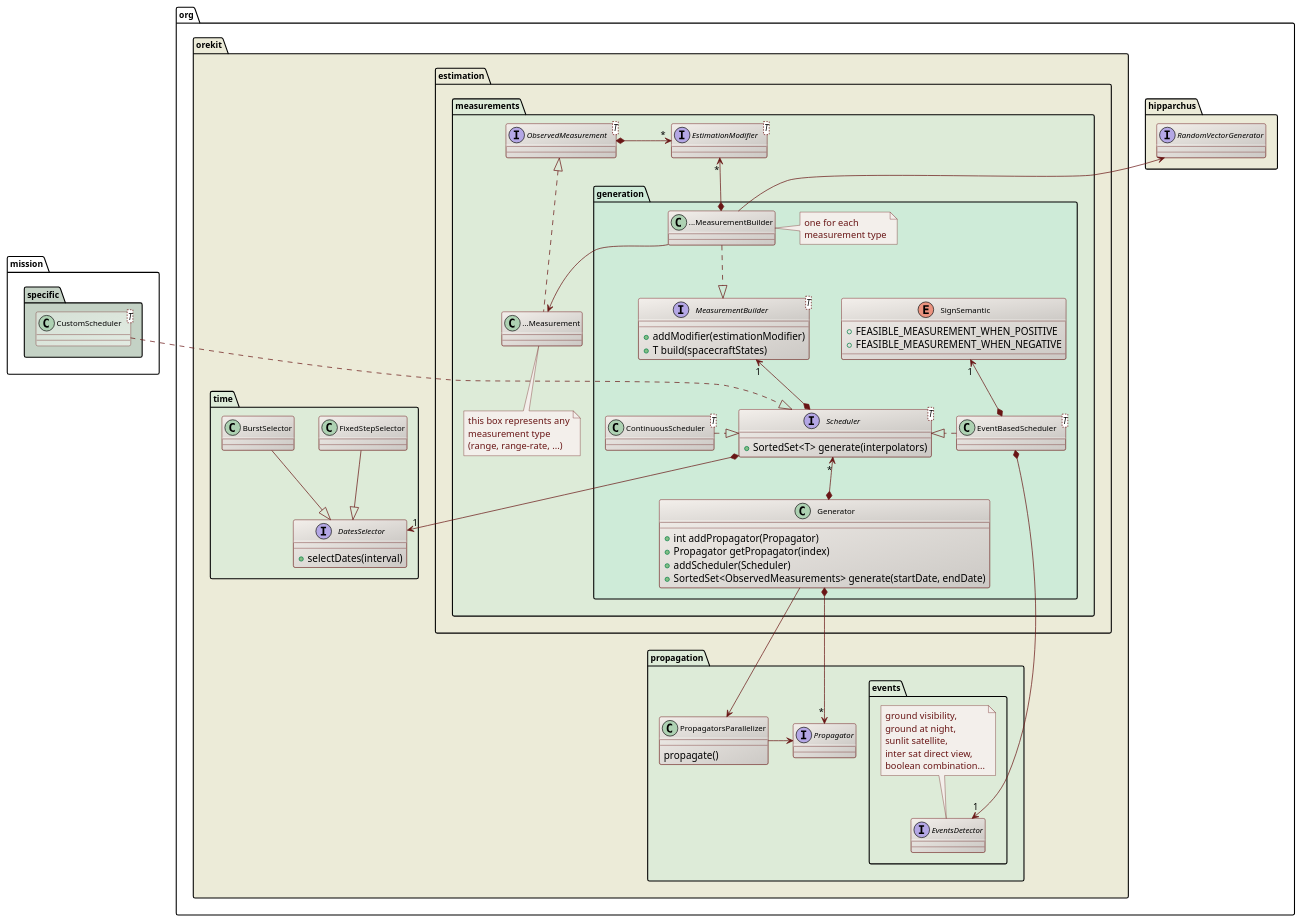
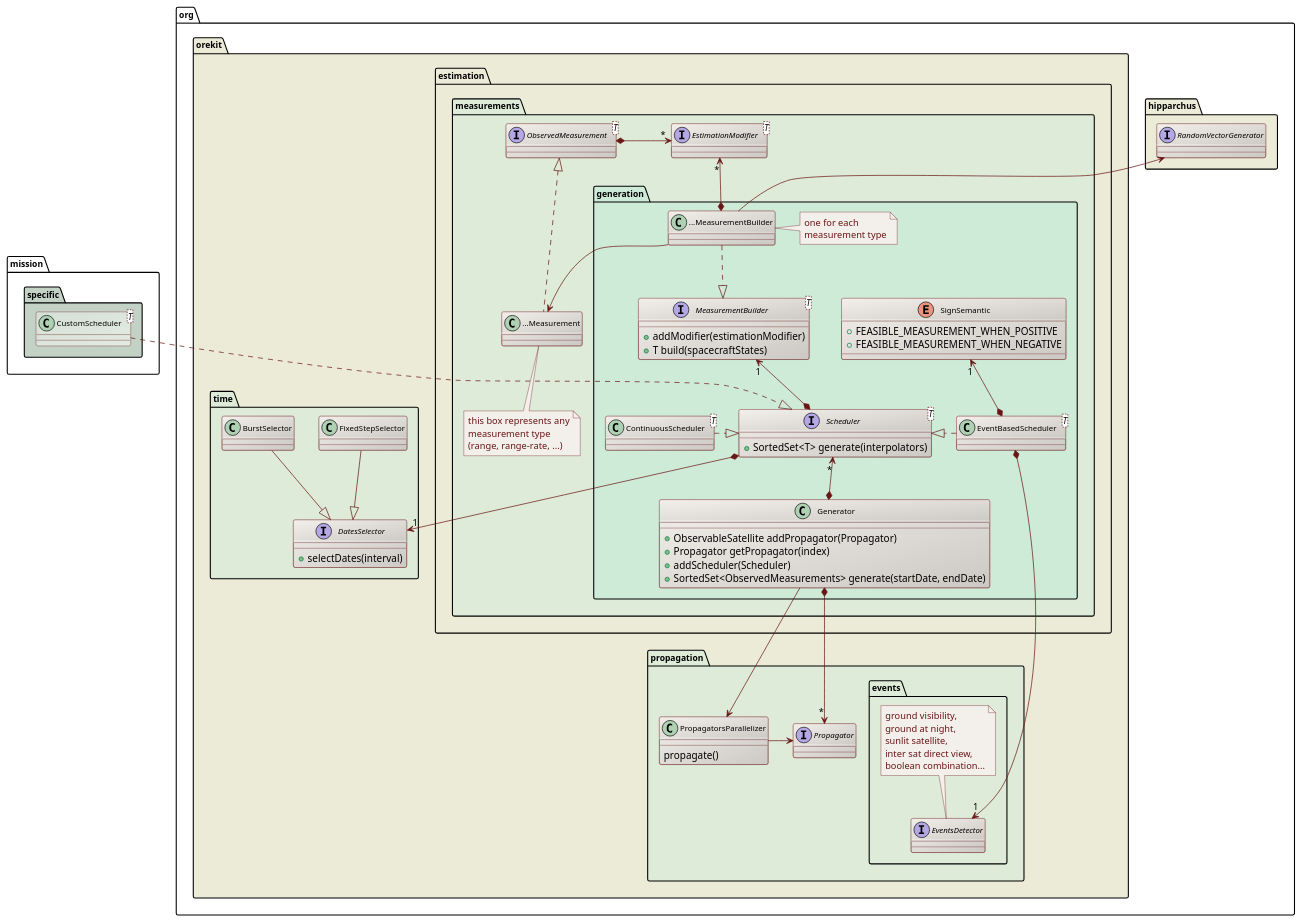
Before and after one commit to CS-SI/Orekit: the diagram in src/design/measurements-generation-class-diagram.puml, drawn with PlantUML.

Commit message:
Fixed wrong signature in class diagram.

```diff
--- a/src/design/measurements-generation-class-diagram.puml
+++ b/src/design/measurements-generation-class-diagram.puml
@@ -17,121 +17,121 @@
 @startuml
 
   skinparam svek                  true
   skinparam ClassBackgroundColor  #F3EFEB/CCC9C5
   skinparam ClassArrowColor       #691616
   skinparam ClassBorderColor      #691616
   skinparam NoteBackgroundColor   #F3EFEB
   skinparam NoteBorderColor       #691616
   skinparam NoteFontColor         #691616
   skinparam ClassFontSize         11
   skinparam PackageFontSize       12
 
   package org.hipparchus #ECEBD8 {
       interface RandomVectorGenerator
   }
 
   package org.orekit #ECEBD8 {
 
     package propagation.events #DDEBD8 {
       interface EventsDetector
       note top
         ground visibility,
         ground at night,
         sunlit satellite,
         inter sat direct view,
         boolean combination...
       end note
     }
     package estimation.measurements #DDEBD8 {
 
       package generation #CEEBD8 {
 
         interface "MeasurementBuilder<T>" as MeasurementBuilder_T_ {
           +addModifier(estimationModifier)
           +T build(spacecraftStates)
          }
 
         class "...MeasurementBuilder" as XXXMeasurementBuilder
         note right
           one for each
           measurement type
         end note
 
         class Generator {
-          +int addPropagator(Propagator)
+          +ObservableSatellite addPropagator(Propagator)
           +Propagator getPropagator(index)
           +addScheduler(Scheduler)
           +SortedSet<ObservedMeasurements> generate(startDate, endDate)
         }
 
         enum SignSemantic {
           +FEASIBLE_MEASUREMENT_WHEN_POSITIVE
           +FEASIBLE_MEASUREMENT_WHEN_NEGATIVE
         }
         class "EventBasedScheduler<T>" as EventBasedScheduler_T_
         class "ContinuousScheduler<T>" as ContinuousScheduler_T_
 
         interface "Scheduler<T>" as Scheduler_T_ {
           +SortedSet<T> generate(interpolators)
         }
 
         XXXMeasurementBuilder       ..|>          MeasurementBuilder_T_
         MeasurementBuilder_T_ "1" <--* Scheduler_T_
         XXXMeasurementBuilder -up-> RandomVectorGenerator
         SignSemantic "1" <--* EventBasedScheduler_T_
         Scheduler_T_ <|.left. EventBasedScheduler_T_
         ContinuousScheduler_T_ .right.|> Scheduler_T_
         Scheduler_T_ "*" <--* Generator
   
         EventBasedScheduler_T_ *-right-> "1" EventsDetector
       }
 
       interface "EstimationModifier<T>" as EstimationModifier_T_
       interface "ObservedMeasurement<T>" as ObservedMeasurement_T_
       class "...Measurement" as XXXMeasurement
       note bottom
         this box represents any
         measurement type
         (range, range-rate, ...)
       end note
 
  
       EstimationModifier_T_  "*" <-left-*      ObservedMeasurement_T_ 
       ObservedMeasurement_T_     <|..          XXXMeasurement
       XXXMeasurementBuilder       -->          XXXMeasurement
       EstimationModifier_T_ "*" <--* XXXMeasurementBuilder 
 
     }
 
 
     package propagation #DDEBD8 {
     interface Propagator
       class PropagatorsParallelizer {
         propagate()
       }
       Generator --> PropagatorsParallelizer
       Generator *--> "*" Propagator
       Propagator <-left- PropagatorsParallelizer
     }
 
     package time #DDEBD8 {
         class FixedStepSelector
         class BurstSelector
         interface DatesSelector {
           +selectDates(interval)
         }
 
 
         FixedStepSelector --|> DatesSelector
         BurstSelector --|> DatesSelector
         Scheduler_T_ *--> "1" DatesSelector
     }
 
   }
 
   package mission.specific #C4D2C5 {
     class "CustomScheduler<T>" as CustomScheduler_T_ #D5E0D5/E2EBE2
     Scheduler_T_ <|.up. CustomScheduler_T_
   }
 
 @enduml
```
